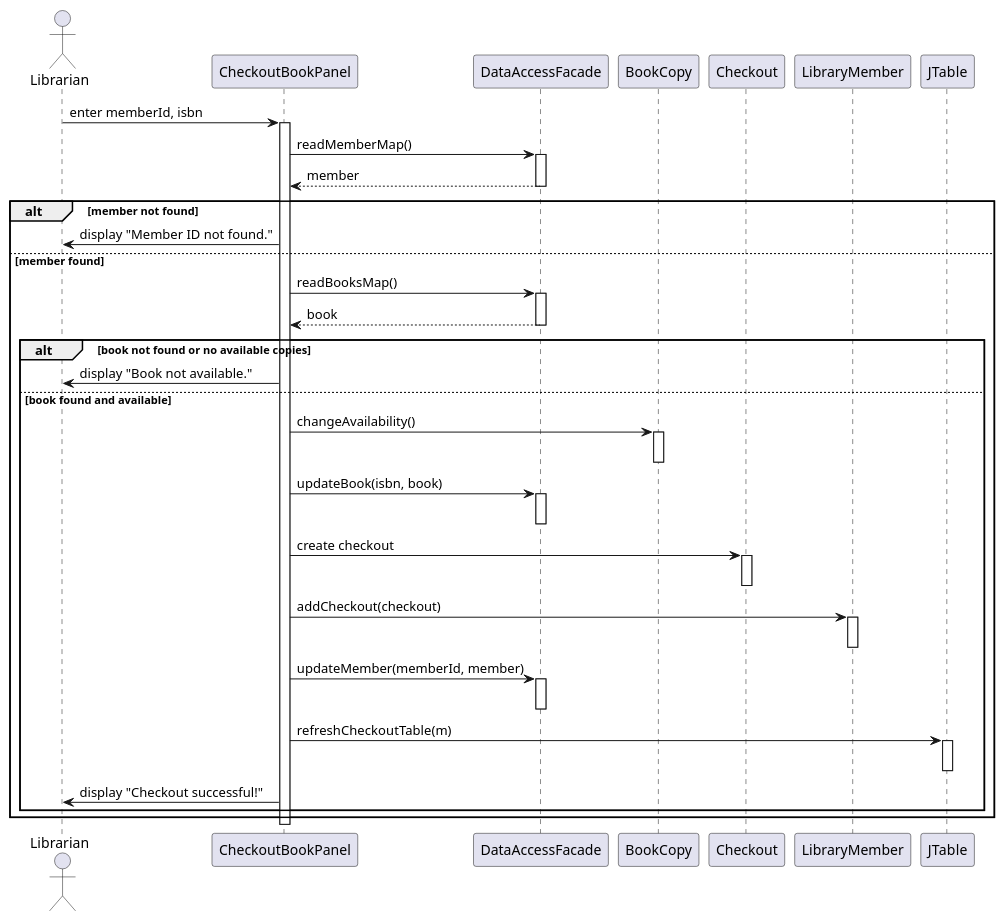
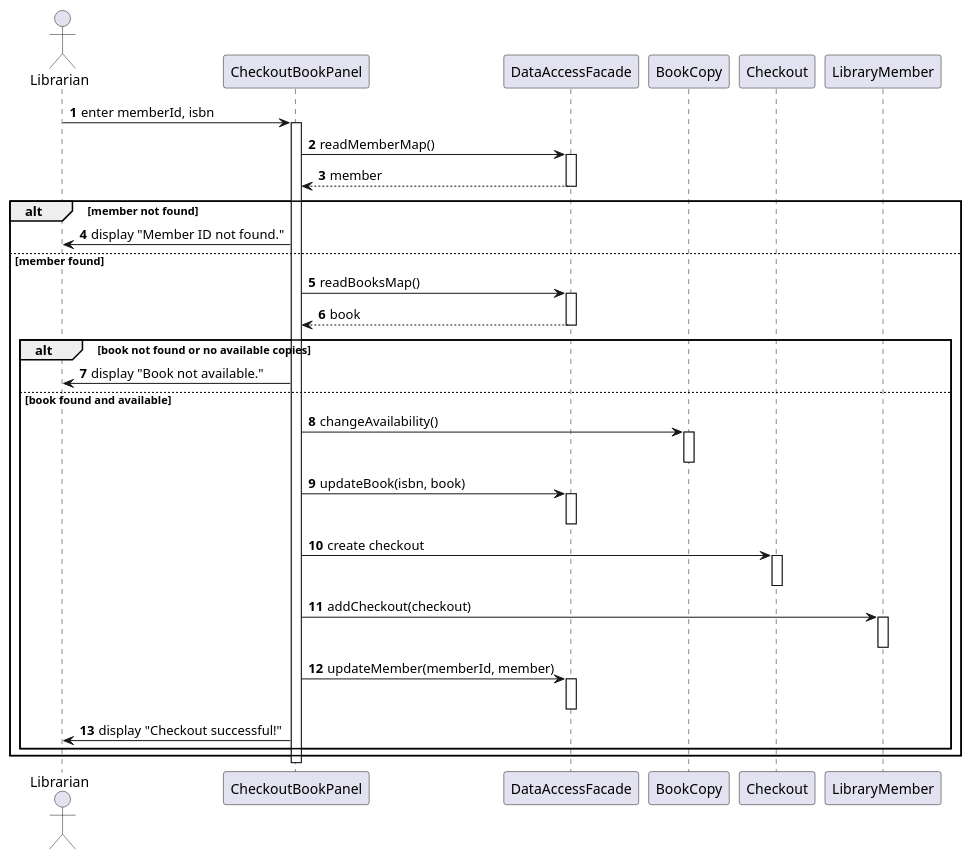
The diagram in src/uml/seq3.puml (mohammed-almassri/LibraryGroupD), drawn with PlantUML before and after one commit. The commit also changed 6 other files, not shown here.

```diff
--- a/src/uml/seq3.puml
+++ b/src/uml/seq3.puml
@@ -1,55 +1,51 @@
 @startuml
-
+autonumber
 actor Librarian
 
 Librarian -> CheckoutBookPanel : enter memberId, isbn
 activate CheckoutBookPanel
 
 CheckoutBookPanel -> DataAccessFacade : readMemberMap()
 activate DataAccessFacade
 DataAccessFacade --> CheckoutBookPanel : member
 
 deactivate DataAccessFacade
 
 alt member not found
     CheckoutBookPanel -> Librarian : display "Member ID not found."
 else member found
     CheckoutBookPanel -> DataAccessFacade : readBooksMap()
     activate DataAccessFacade
     DataAccessFacade --> CheckoutBookPanel : book
     deactivate DataAccessFacade
     
     alt book not found or no available copies
         CheckoutBookPanel -> Librarian : display "Book not available."
     else book found and available
         CheckoutBookPanel -> BookCopy : changeAvailability()
         activate BookCopy
         deactivate BookCopy
         
         CheckoutBookPanel -> DataAccessFacade : updateBook(isbn, book)
         activate DataAccessFacade
         deactivate DataAccessFacade
         
         CheckoutBookPanel -> Checkout : create checkout
         activate Checkout
         deactivate Checkout
         
         CheckoutBookPanel -> LibraryMember : addCheckout(checkout)
         activate LibraryMember
         deactivate LibraryMember
         
         CheckoutBookPanel -> DataAccessFacade : updateMember(memberId, member)
         activate DataAccessFacade
         deactivate DataAccessFacade
 
-        CheckoutBookPanel -> JTable : refreshCheckoutTable(m)
-        activate JTable
-        deactivate JTable
-        
         CheckoutBookPanel -> Librarian : display "Checkout successful!"
     end
 end
 
 deactivate CheckoutBookPanel
 
 @enduml
```
